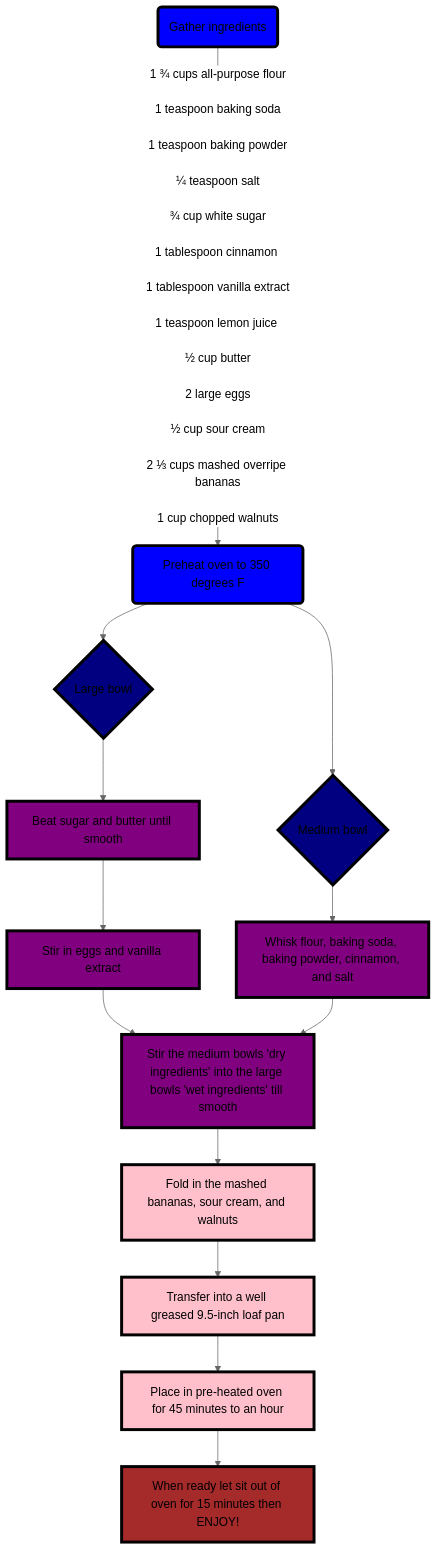
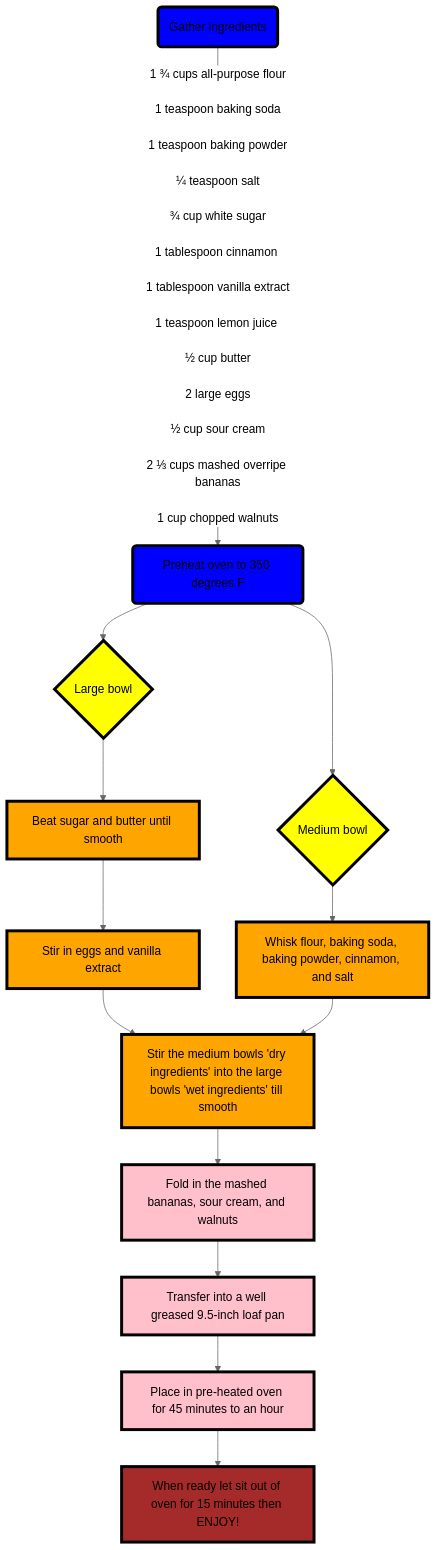
One commit to ShammmN/ShammmN.github.io changed the first of 2 diagrams in README.md. Above: the diagram before and after it, drawn with Mermaid (neutral theme).

Commit message:
Fixed coloring of flowchart

````diff
--- a/README.md
+++ b/README.md
@@ -56,52 +56,52 @@
 ``` mermaid 
 flowchart TD 
     A(Gather ingredients) -->|1 ¾ cups all-purpose flour
 
 1 teaspoon baking soda
 
 1 teaspoon baking powder
 
 ¼ teaspoon salt
 
 ¾ cup white sugar
 
 1 tablespoon cinnamon 
 
 1 tablespoon vanilla extract
 
 1 teaspoon lemon juice 
 
 ½ cup butter
 
 2 large eggs
 
 ½ cup sour cream
 
 2 ⅓ cups mashed overripe bananas
 
 1 cup chopped walnuts| B(Preheat oven to 350 degrees F)
     style A fill:blue,stroke:black,stroke-width:4px,shadow:shadow
     style B fill:blue,stroke:black,stroke-width:4px,shadow:shadow
     B --> C{Large bowl}
     B --> D{Medium bowl}
     C --> E[Beat sugar and butter until smooth]
     D --> F[Whisk flour, baking soda, baking powder, cinnamon, and salt]
     E --> G[Stir in eggs and vanilla extract]
     G --> H[Stir the medium bowls 'dry ingredients' into the large bowls 'wet ingredients' till smooth]
     F --> H
     H --> I[Fold in the mashed bananas, sour cream, and walnuts]
     I --> J[Transfer into a well greased 9.5-inch loaf pan]
     J --> K[Place in pre-heated oven for 45 minutes to an hour]
     K --> L[When ready let sit out of oven for 15 minutes then ENJOY!]
-    style C fill:navy,stroke:black,stroke-width:4px,shadow:shadow
-    style D fill:navy,stroke:black,stroke-width:4px,shadow:shadow
-    style F fill:purple,stroke:black,stroke-width:4px,shadow:shadow
-    style E fill:purple,stroke:black,stroke-width:4px,shadow:shadow
-    style H fill:purple,stroke:black,stroke-width:4px,shadow:shadow
-    style G fill:purple,stroke:black,stroke-width:4px,shadow:shadow
+    style C fill:yellow,stroke:black,stroke-width:4px,shadow:shadow
+    style D fill:yellow,stroke:black,stroke-width:4px,shadow:shadow
+    style F fill:orange,stroke:black,stroke-width:4px,shadow:shadow
+    style E fill:orange,stroke:black,stroke-width:4px,shadow:shadow
+    style H fill:orange,stroke:black,stroke-width:4px,shadow:shadow
+    style G fill:orange,stroke:black,stroke-width:4px,shadow:shadow
     style I fill:pink,stroke:black,stroke-width:4px,shadow:shadow
     style J fill:pink,stroke:black,stroke-width:4px,shadow:shadow
     style K fill:pink,stroke:black,stroke-width:4px,shadow:shadow
     style L fill:brown,stroke:black,stroke-width:4px,shadow:shadow
  
 ```
````
